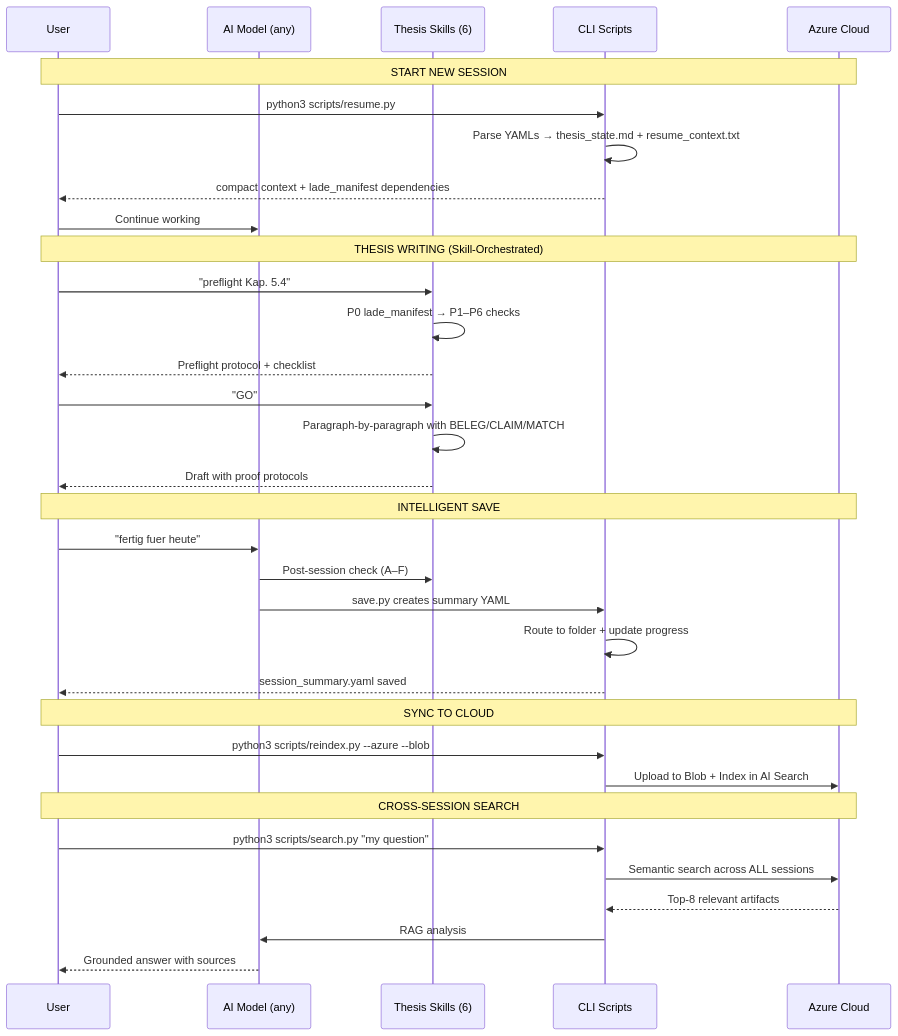
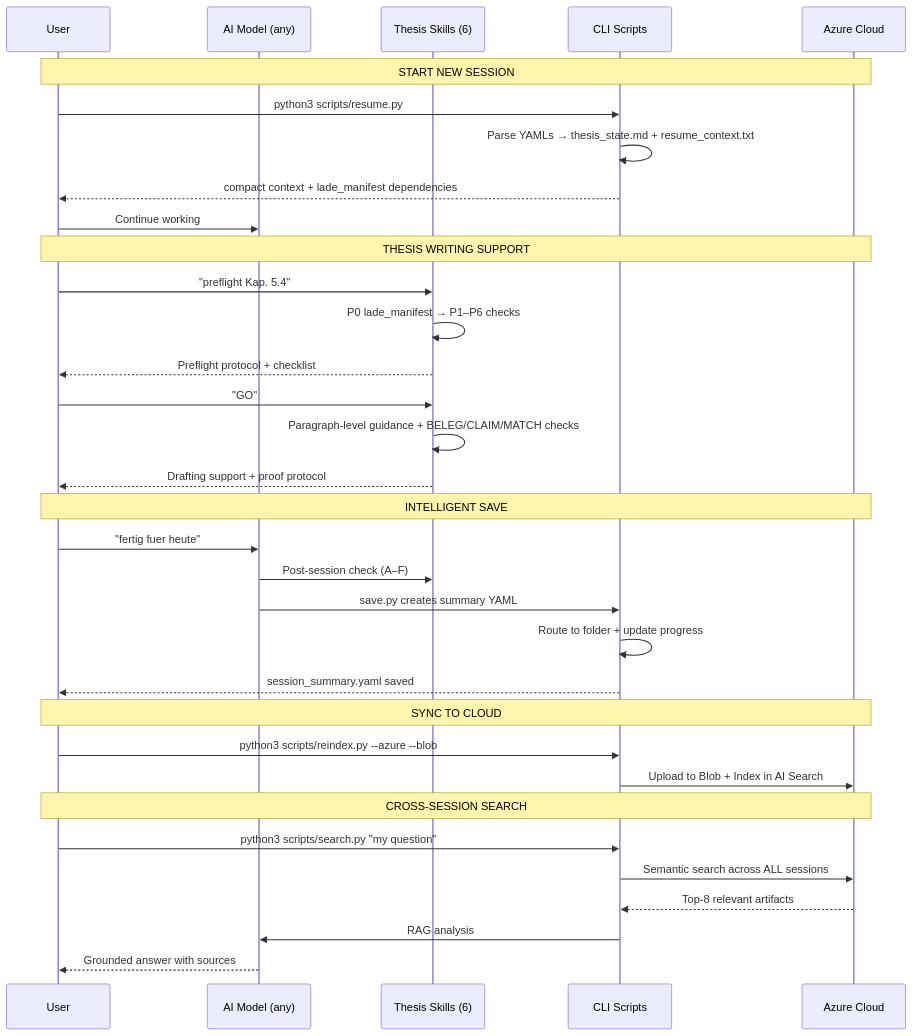
The third of 3 diagrams in README.md (MustDemir/ai-context-vault), drawn with Mermaid before and after one commit. The commit also changed other lines of this file, not shown here.

Commit message:
docs: clarify AI-assisted thesis workflow wording

````diff
--- a/README.md
+++ b/README.md
@@ -202,40 +202,40 @@
 ```mermaid
 sequenceDiagram
     participant User
     participant AI as AI Model (any)
     participant Skills as Thesis Skills (6)
     participant Scripts as CLI Scripts
     participant Azure as Azure Cloud
 
     Note over User,Azure: START NEW SESSION
     User->>Scripts: python3 scripts/resume.py
     Scripts->>Scripts: Parse YAMLs → thesis_state.md + resume_context.txt
     Scripts-->>User: compact context + lade_manifest dependencies
     User->>AI: Continue working
 
-    Note over User,Azure: THESIS WRITING (Skill-Orchestrated)
+    Note over User,Azure: THESIS WRITING SUPPORT
     User->>Skills: "preflight Kap. 5.4"
     Skills->>Skills: P0 lade_manifest → P1–P6 checks
     Skills-->>User: Preflight protocol + checklist
     User->>Skills: "GO"
-    Skills->>Skills: Paragraph-by-paragraph with BELEG/CLAIM/MATCH
-    Skills-->>User: Draft with proof protocols
+    Skills->>Skills: Paragraph-level guidance + BELEG/CLAIM/MATCH checks
+    Skills-->>User: Drafting support + proof protocol
 
     Note over User,Azure: INTELLIGENT SAVE
     User->>AI: "fertig fuer heute"
     AI->>Skills: Post-session check (A–F)
     AI->>Scripts: save.py creates summary YAML
     Scripts->>Scripts: Route to folder + update progress
     Scripts-->>User: session_summary.yaml saved
 
     Note over User,Azure: SYNC TO CLOUD
     User->>Scripts: python3 scripts/reindex.py --azure --blob
     Scripts->>Azure: Upload to Blob + Index in AI Search
 
     Note over User,Azure: CROSS-SESSION SEARCH
     User->>Scripts: python3 scripts/search.py "my question"
     Scripts->>Azure: Semantic search across ALL sessions
     Azure-->>Scripts: Top-8 relevant artifacts
     Scripts->>AI: RAG analysis
     AI-->>User: Grounded answer with sources
 ```
````
